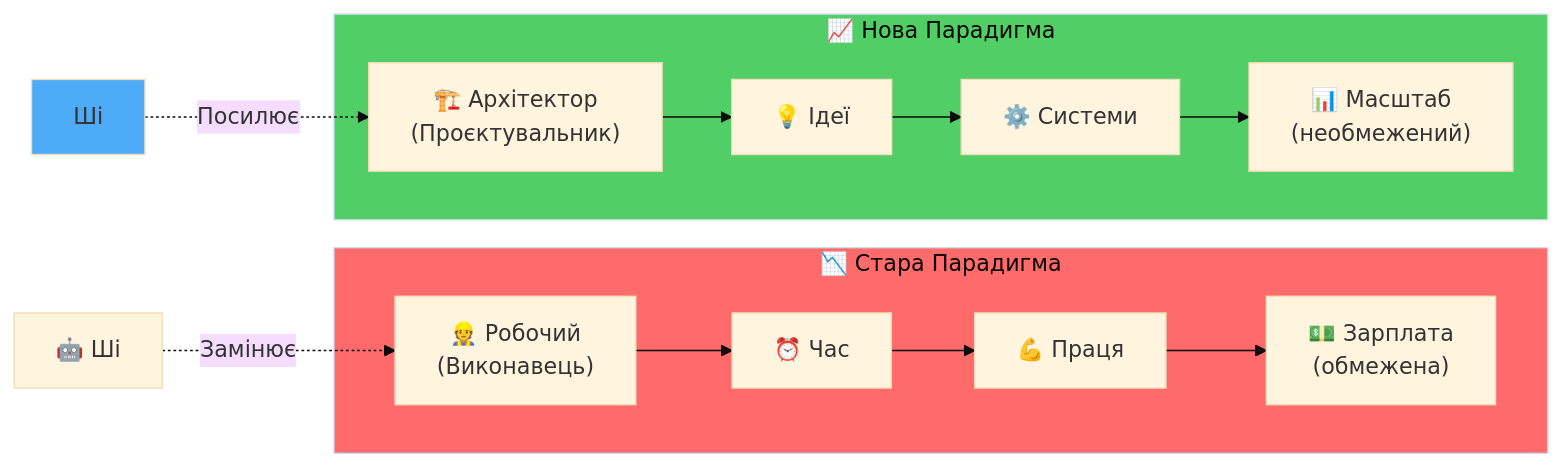
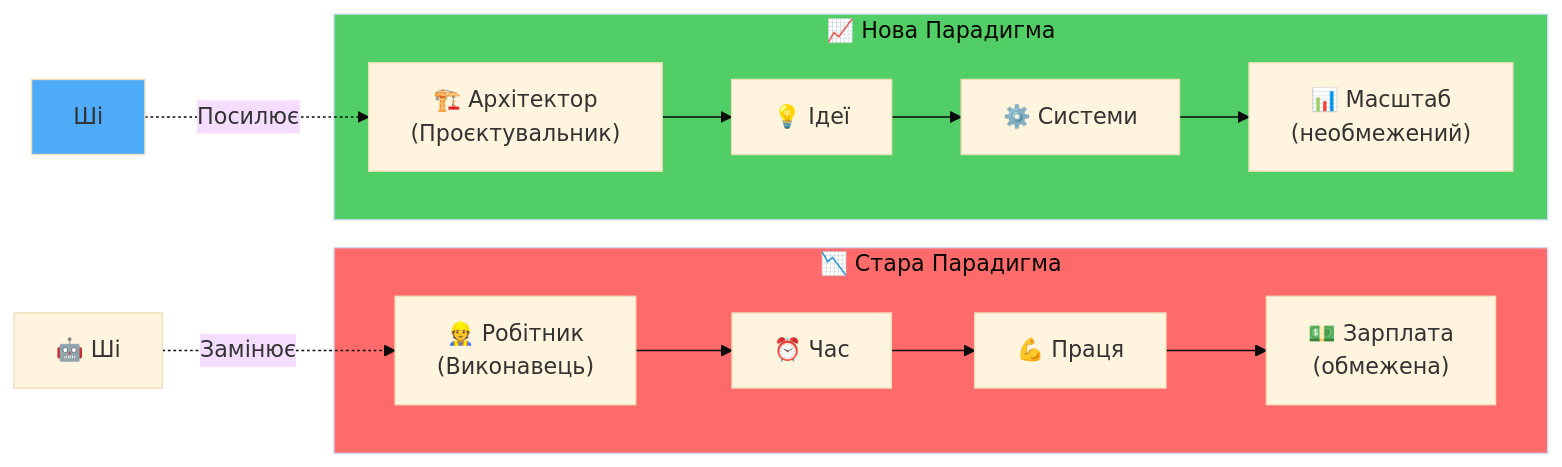
The diagram in superintellect/series_4.md (yaro-rasta/willni), drawn with Mermaid (base theme) before and after one commit. The commit also changed other lines of this file and 40 other files, not shown here.

````diff
--- a/superintellect/series_4.md
+++ b/superintellect/series_4.md
@@ -34,26 +34,26 @@
 ```mermaid
 graph LR
     subgraph Old ["📉 Стара Парадигма"]
-        Worker["👷 Робочий<br/>(Виконавець)"]
+        Worker["👷 Робітник<br/>(Виконавець)"]
         Time["⏰ Час"]
         Labor["💪 Праця"]
         Salary["💵 Зарплата<br/>(обмежена)"]
     end
     
     subgraph New ["📈 Нова Парадигма"]
         Architect["🏗️ Архітектор<br/>(Проєктувальник)"]
         Ideas["💡 Ідеї"]
         Systems["⚙️ Системи"]
         Scale["📊 Масштаб<br/>(необмежений)"]
     end
     
     Worker --> Time --> Labor --> Salary
     Architect --> Ideas --> Systems --> Scale
     
     AI["🤖 Ші"] -.->|Замінює| Worker
     Ші -.->|Посилює| Architect
     
     style Old fill:#ff6b6b
     style New fill:#51cf66
     style Ші fill:#4dabf7
 ```
````
